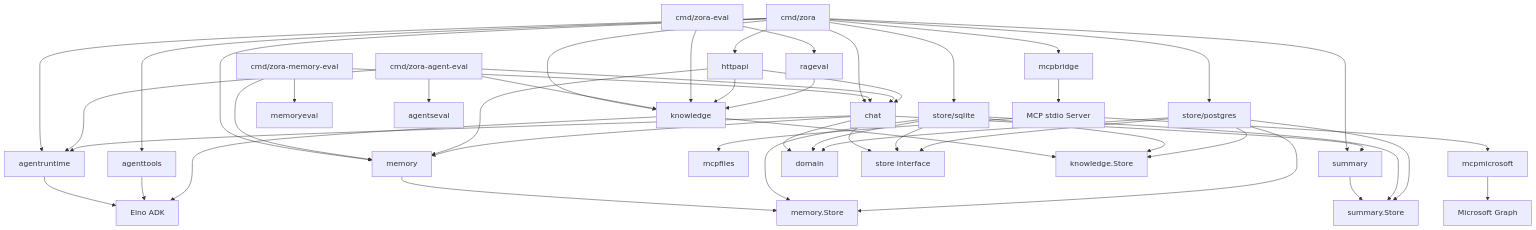
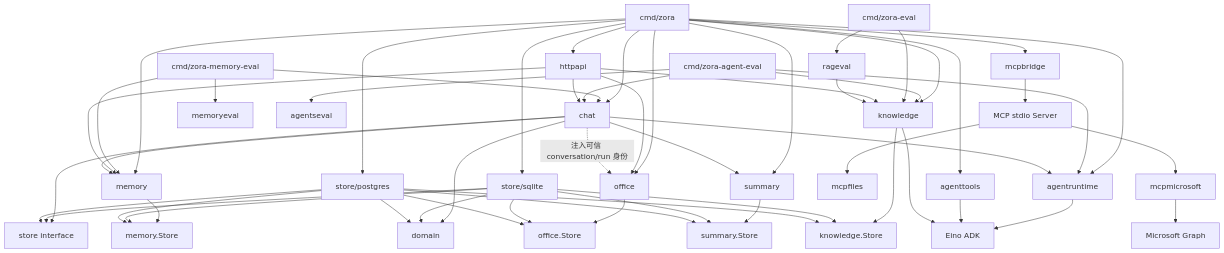
Before and after one commit to zora-DD/zora: the first of 8 diagrams in docs/technical-design.md, drawn with Mermaid. The commit also changed other lines of this file and 28 other files, not shown here.

````diff
--- a/docs/technical-design.md
+++ b/docs/technical-design.md
@@ -64,51 +65,57 @@
 ```mermaid
 flowchart TD
     Main["cmd/zora"] --> HTTP["httpapi"]
     Main --> Chat["chat"]
     Main --> Runtime["agentruntime"]
     Main --> SQLite["store/sqlite"]
     Main --> Postgres["store/postgres"]
     Main --> Tools["agenttools"]
     Main --> Knowledge["knowledge"]
     Main --> Memory["memory"]
     Main --> Summary["summary"]
+    Main --> Office["office"]
     Main --> MCPBridge["mcpbridge"]
     MCPBridge --> MCPServer["MCP stdio Server"]
     MCPServer --> MCPFiles["mcpfiles"]
     MCPServer --> MCPMicrosoft["mcpmicrosoft"]
     MCPMicrosoft --> Graph["Microsoft Graph"]
     MemoryEval["cmd/zora-memory-eval"] --> MemoryAB["memoryeval"]
     MemoryEval --> Chat
     MemoryEval --> Memory
     AgentEval["cmd/zora-agent-eval"] --> AgentsEval["agentseval"]
     AgentEval --> Chat
     AgentEval --> Runtime
     AgentEval --> Knowledge
     Eval["cmd/zora-eval"] --> RAGEval["rageval"]
     Eval --> Knowledge
     HTTP --> Chat
     HTTP --> Knowledge
     HTTP --> Memory
+    HTTP --> Office
     Chat --> Domain["domain"]
     Chat --> Store["store interface"]
     Chat --> Runtime
     Chat --> Memory
     Chat --> Summary
+    Chat -. "注入可信 conversation/run 身份" .-> Office
     Runtime --> Eino["Eino ADK"]
     Tools --> Eino
     Knowledge --> Eino
     Knowledge --> KStore["knowledge.Store"]
     Memory --> MStore["memory.Store"]
     Summary --> SStore["summary.Store"]
+    Office --> OStore["office.Store"]
     RAGEval --> Knowledge
     SQLite --> Store
     SQLite --> KStore
     SQLite --> MStore
     SQLite --> SStore
+    SQLite --> OStore
     SQLite --> Domain
     Postgres --> Store
     Postgres --> KStore
     Postgres --> MStore
     Postgres --> SStore
+    Postgres --> OStore
     Postgres --> Domain
 ```
````
